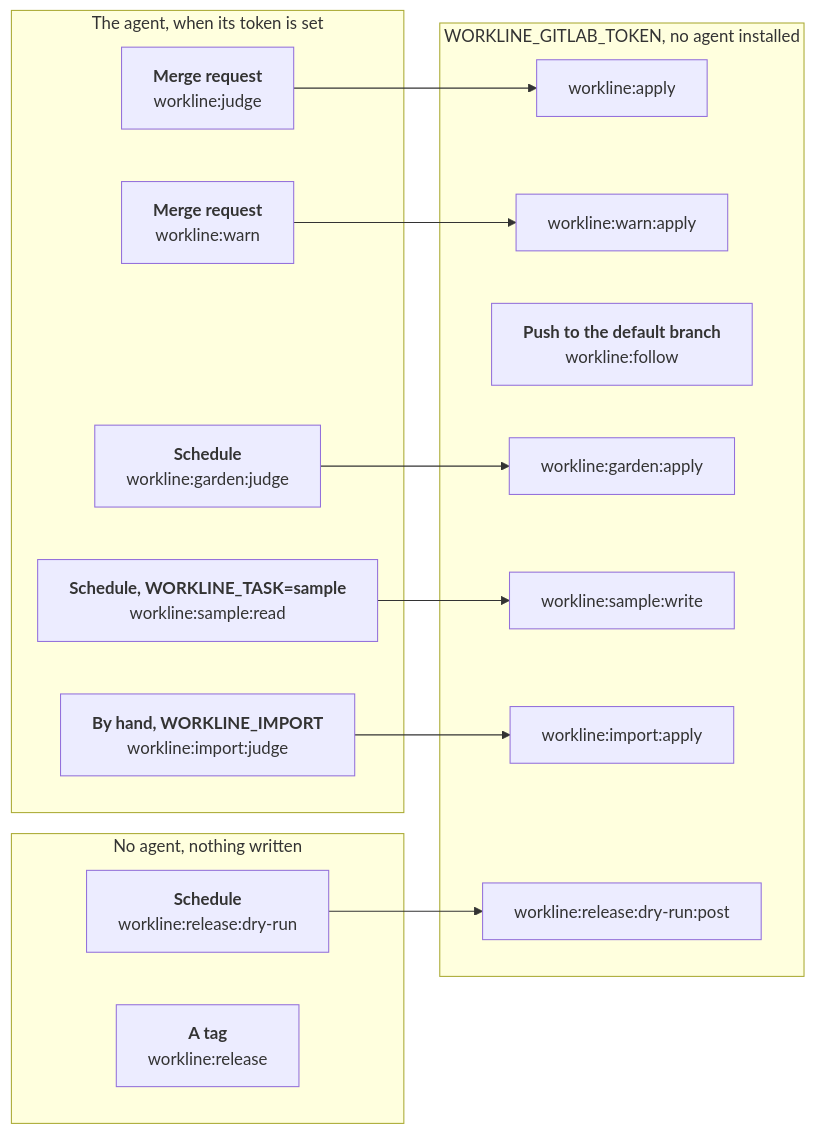
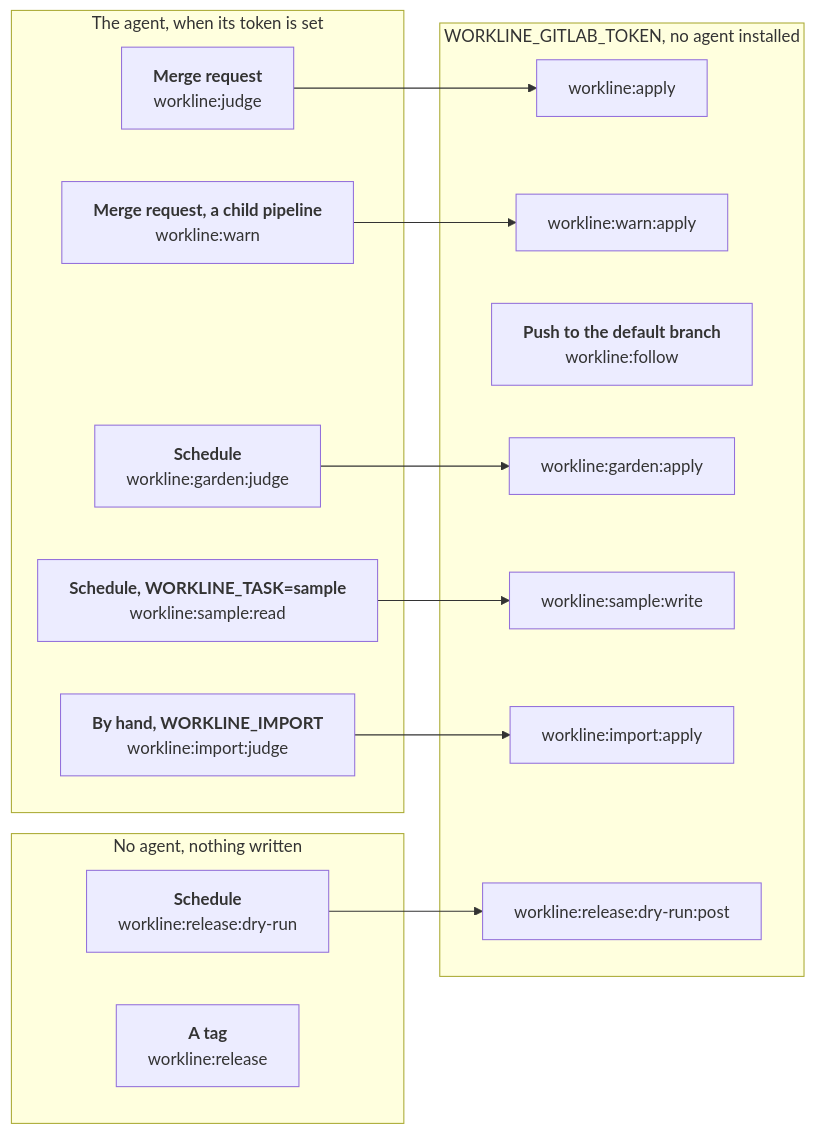
One commit to JN0V/workline changed the diagram in docs/ci-gitlab.md. Above: the diagram before and after it, drawn with Mermaid. The commit also changed other lines of this file and 22 other files, not shown here.

Commit message:
ci(gitlab): run what only warns in a child pipeline (#626)

````diff
--- a/docs/ci-gitlab.md
+++ b/docs/ci-gitlab.md
@@ -11,30 +11,30 @@
 ```mermaid
 %%{init: {"flowchart": {"wrappingWidth": 400}}}%%
 flowchart LR
   subgraph reads["The agent, when its token is set"]
     judge["<b>Merge request</b><br/>workline:judge"]
-    warn["<b>Merge request</b><br/>workline:warn"]
+    warn["<b>Merge request, a child pipeline</b><br/>workline:warn"]
     garden["<b>Schedule</b><br/>workline:garden:judge"]
     sample["<b>Schedule, WORKLINE_TASK=sample</b><br/>workline:sample:read"]
     import["<b>By hand, WORKLINE_IMPORT</b><br/>workline:import:judge"]
   end
   subgraph none["No agent, nothing written"]
     dry["<b>Schedule</b><br/>workline:release:dry-run"]
     rel["<b>A tag</b><br/>workline:release"]
   end
   subgraph writes["WORKLINE_GITLAB_TOKEN, no agent installed"]
     apply["workline:apply"]
     wapply["workline:warn:apply"]
     follow["<b>Push to the default branch</b><br/>workline:follow"]
     gapply["workline:garden:apply"]
     swrite["workline:sample:write"]
     iapply["workline:import:apply"]
     dpost["workline:release:dry-run:post"]
   end
   judge --> apply
   warn --> wapply
   garden --> gapply
   sample --> swrite
   import --> iapply
   dry --> dpost
 ```
````
